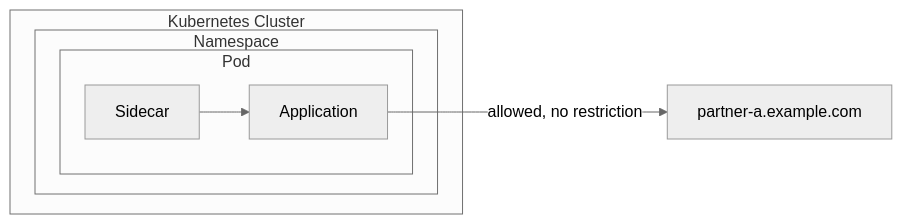
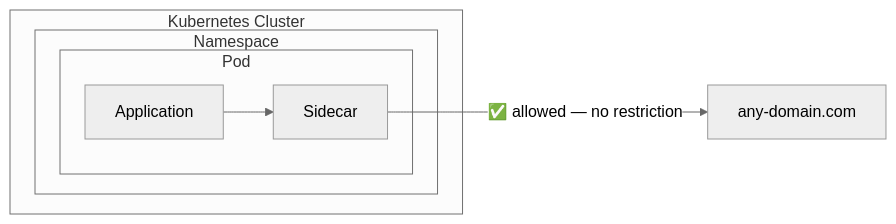
Before and after one commit to CodeWithYagnesh/k8s-production-troubleshooting: the second of 6 diagrams in istio-egress/README.md, drawn with Mermaid (neutral theme). The commit also changed other lines of this file, not shown here.

````diff
--- a/istio-egress/README.md
+++ b/istio-egress/README.md
@@ -220,13 +159,11 @@
 ```mermaid
 flowchart LR
     subgraph K8S["Kubernetes Cluster"]
         subgraph NS["Namespace"]
             subgraph POD["Pod"]
-                SC["Sidecar"]
-                APP["Application"]
-                SC --> APP
+                APP["Application"] --> SC["Sidecar"]
             end
         end
     end
-    APP -->|"allowed, no restriction"| EXT["partner-a.example.com"]
+    SC -->|"✅ allowed — no restriction"| EXT["any-domain.com"]
 ```
````
